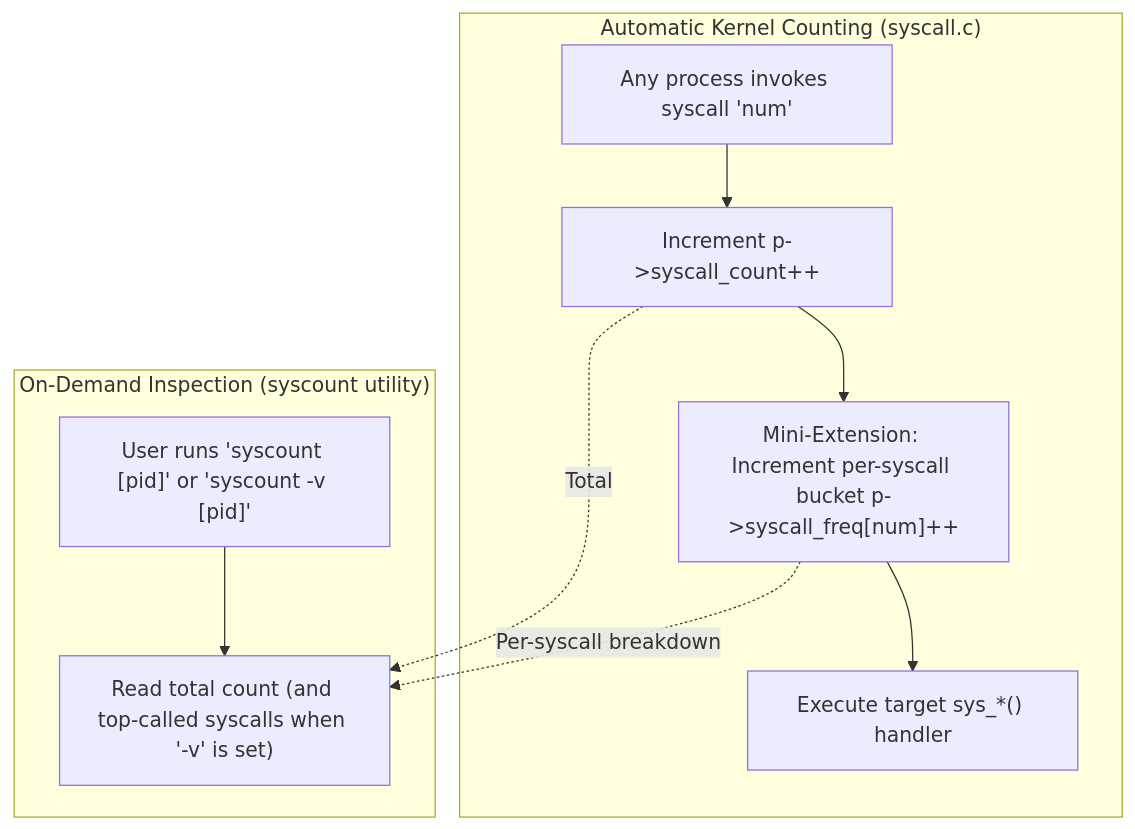
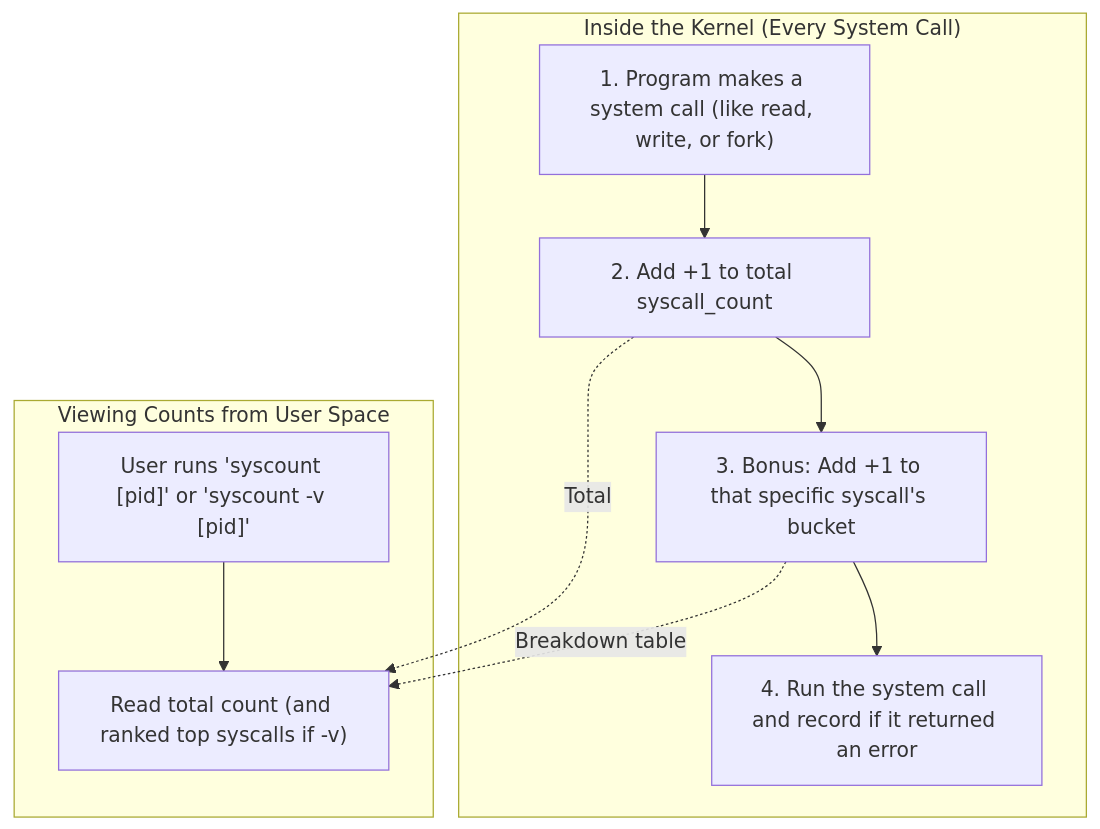
Diagram 11 of 21 in README.md (asbahkhan67-ctrl/xv6-riscv), drawn with Mermaid before and after one commit. The commit also changed other lines of this file and 69 other files, not shown here.

````diff
--- a/README.md
+++ b/README.md
@@ -604,15 +686,15 @@
 ```mermaid
 flowchart TD
-    subgraph Track["Automatic Kernel Counting (syscall.c)"]
-        S1["Any process invokes syscall 'num'"] --> S2["Increment p->syscall_count++"]
-        S2 --> S2M["Mini-Extension: Increment per-syscall bucket p->syscall_freq[num]++"]
-        S2M --> S3["Execute target sys_*() handler"]
+    subgraph Count["Inside the Kernel (Every System Call)"]
+        K1["1. Program makes a system call (like read, write, or fork)"] --> K2["2. Add +1 to total syscall_count"]
+        K2 --> K3["3. Bonus: Add +1 to that specific syscall's bucket"]
+        K3 --> K4["4. Run the system call and record if it returned an error"]
     end
 
-    subgraph Query["On-Demand Inspection (syscount utility)"]
-        Q1["User runs 'syscount [pid]' or 'syscount -v [pid]'"] --> Q2["Read total count (and top-called syscalls when '-v' is set)"]
+    subgraph View["Viewing Counts from User Space"]
+        U1["User runs 'syscount [pid]' or 'syscount -v [pid]'"] --> U2["Read total count (and ranked top syscalls if -v)"]
     end
 
-    S2 -. "Total" .-> Q2
-    S2M -. "Per-syscall breakdown" .-> Q2
+    K2 -. "Total" .-> U2
+    K3 -. "Breakdown table" .-> U2
 ```
````
